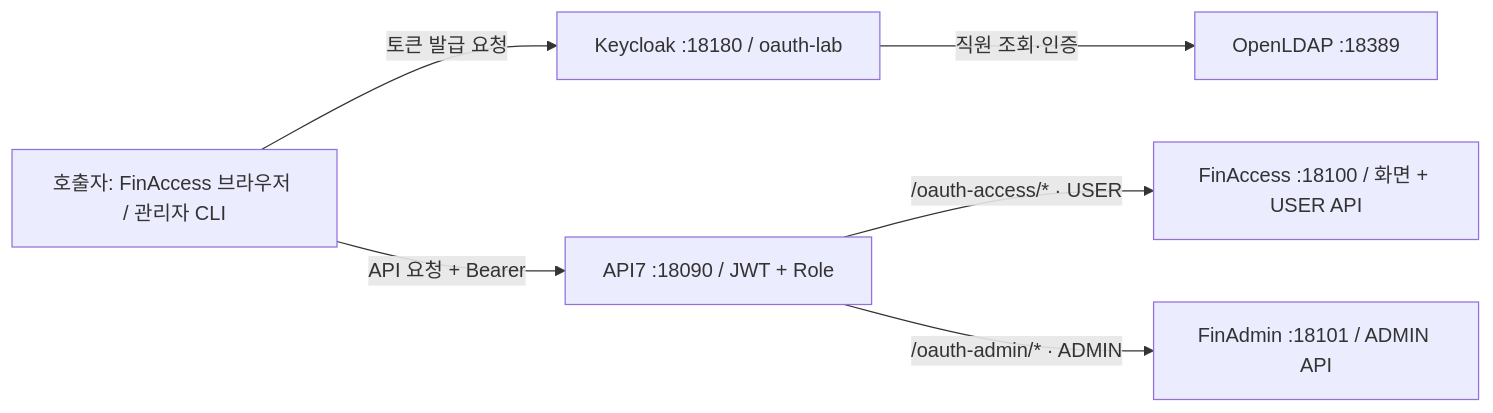
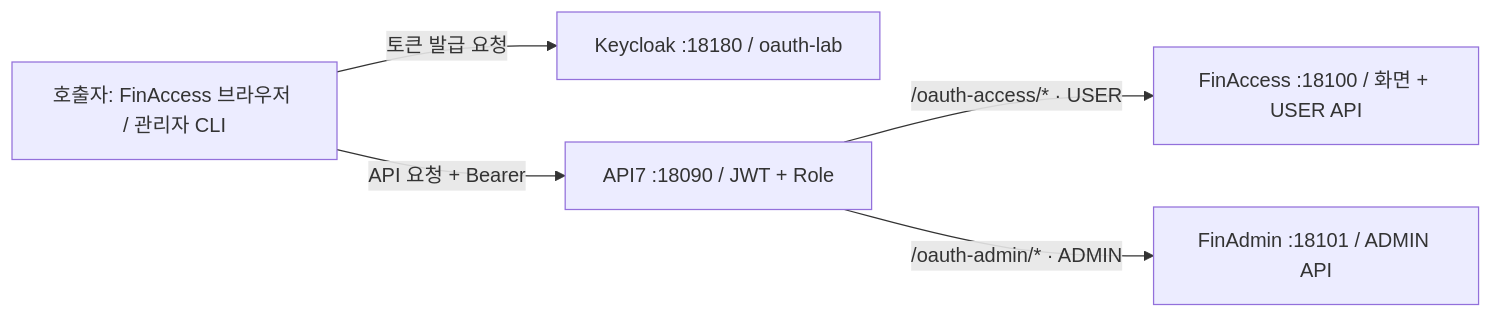
The first of 4 diagrams in docs/current/02-architecture.md (Greenapple0101/finadmin), drawn with Mermaid before and after one commit. The commit also changed other lines of this file and 22 other files, not shown here.

Commit message:
Remove LDAP integration and use native Keycloak accounts

````diff
--- a/docs/current/02-architecture.md
+++ b/docs/current/02-architecture.md
@@ -7,14 +7,12 @@
 ```mermaid
 flowchart LR
     caller["호출자: FinAccess 브라우저 / 관리자 CLI"]
     keycloak["Keycloak :18180 / oauth-lab"]
-    ldap["OpenLDAP :18389"]
     gateway["API7 :18090 / JWT + Role"]
     access["FinAccess :18100 / 화면 + USER API"]
     admin["FinAdmin :18101 / ADMIN API"]
     caller -->|"토큰 발급 요청"| keycloak
-    keycloak -->|"직원 조회·인증"| ldap
     caller -->|"API 요청 + Bearer"| gateway
     gateway -->|"/oauth-access/* · USER"| access
     gateway -->|"/oauth-admin/* · ADMIN"| admin
 ```
````
